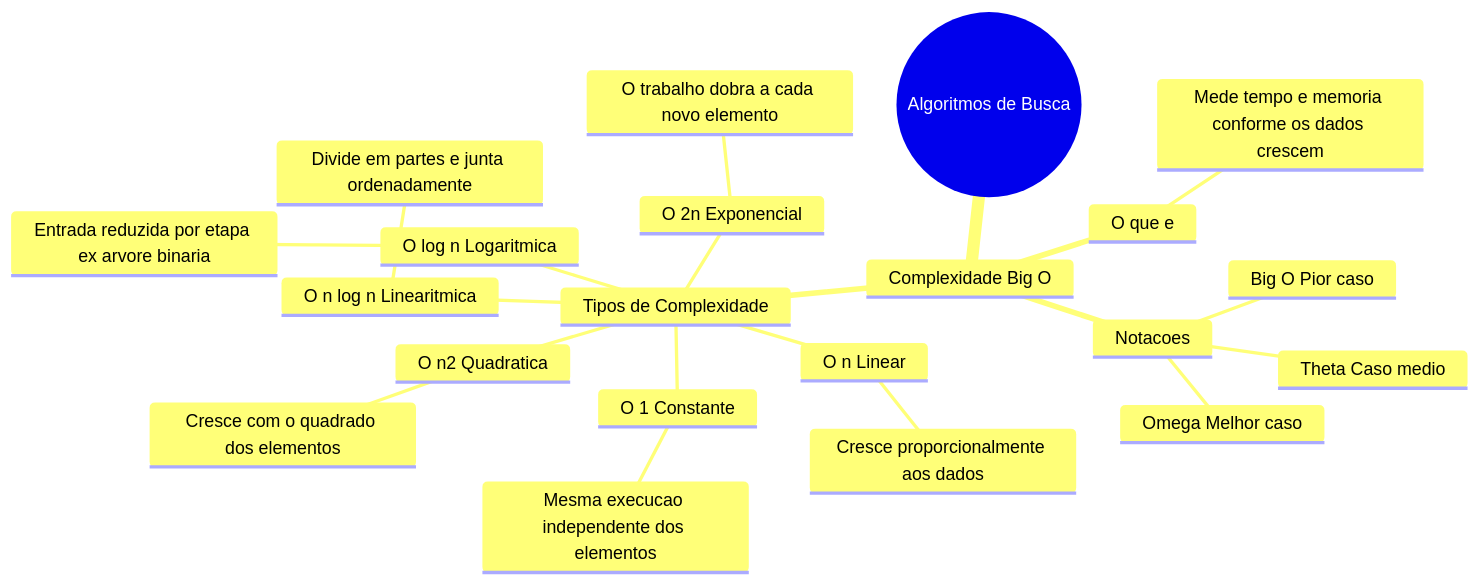
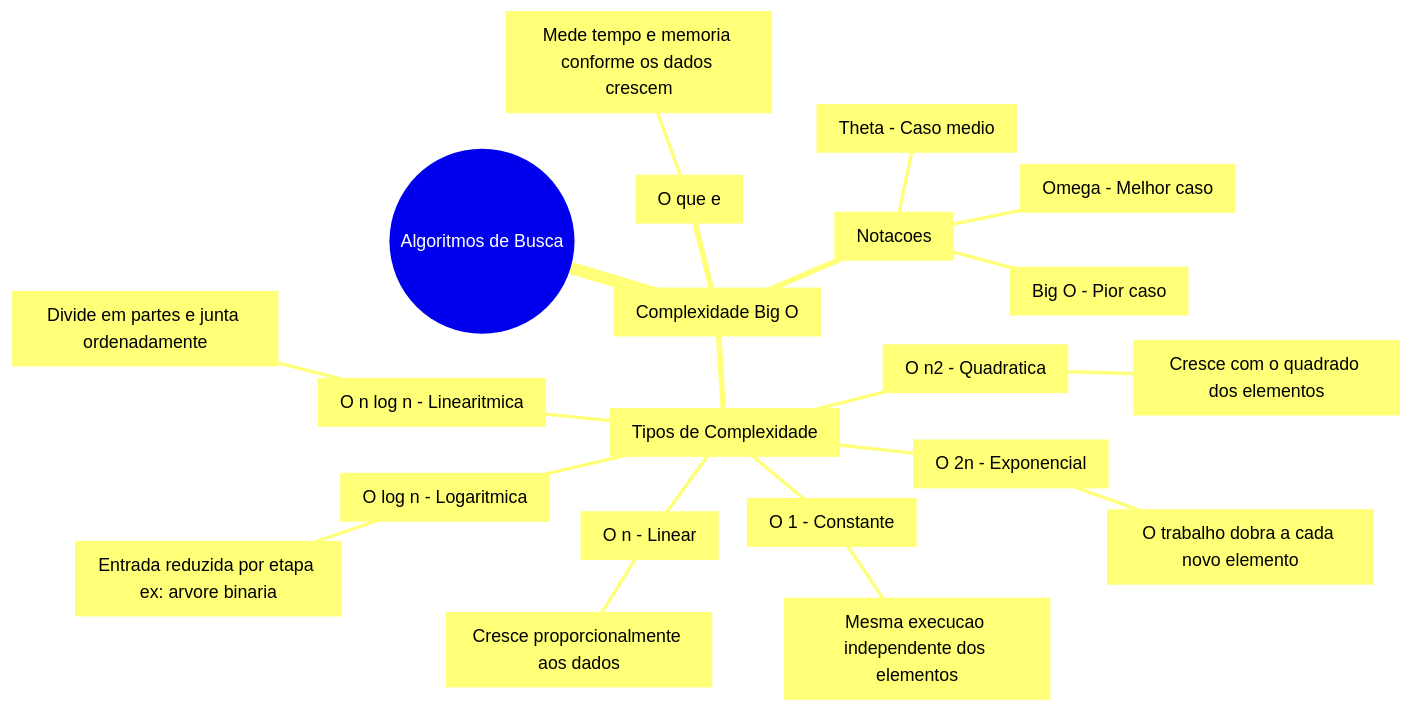
One commit to ThaiseFreitas/complexidade-BIG-O changed the diagram in README.md. Above: the diagram before and after it, drawn with Mermaid.

Commit message:
Replace bullet points with links in README

````diff
--- a/README.md
+++ b/README.md
@@ -3,24 +3,24 @@
 ```mermaid
 mindmap
   root((Algoritmos de Busca))
-    Complexidade Big O
-      O que e
-        Mede tempo e memoria conforme os dados crescem
-      Notacoes
-        Omega Melhor caso
-        Theta Caso medio
-        Big O Pior caso
-      Tipos de Complexidade
-        O 1 Constante
-          Mesma execucao independente dos elementos
-        O n Linear
-          Cresce proporcionalmente aos dados
-        O log n Logaritmica
-          Entrada reduzida por etapa ex arvore binaria
-        O n2 Quadratica
-          Cresce com o quadrado dos elementos
-        O n log n Linearitmica
-          Divide em partes e junta ordenadamente
-        O 2n Exponencial
-          O trabalho dobra a cada novo elemento
+    [Complexidade Big O]
+      [O que e]
+        [Mede tempo e memoria conforme os dados crescem]
+      [Notacoes]
+        [Omega - Melhor caso]
+        [Theta - Caso medio]
+        [Big O - Pior caso]
+      [Tipos de Complexidade]
+        [O 1 - Constante]
+          [Mesma execucao independente dos elementos]
+        [O n - Linear]
+          [Cresce proporcionalmente aos dados]
+        [O log n - Logaritmica]
+          [Entrada reduzida por etapa ex: arvore binaria]
+        [O n2 - Quadratica]
+          [Cresce com o quadrado dos elementos]
+        [O n log n - Linearitmica]
+          [Divide em partes e junta ordenadamente]
+        [O 2n - Exponencial]
+          [O trabalho dobra a cada novo elemento]
 ```
````
